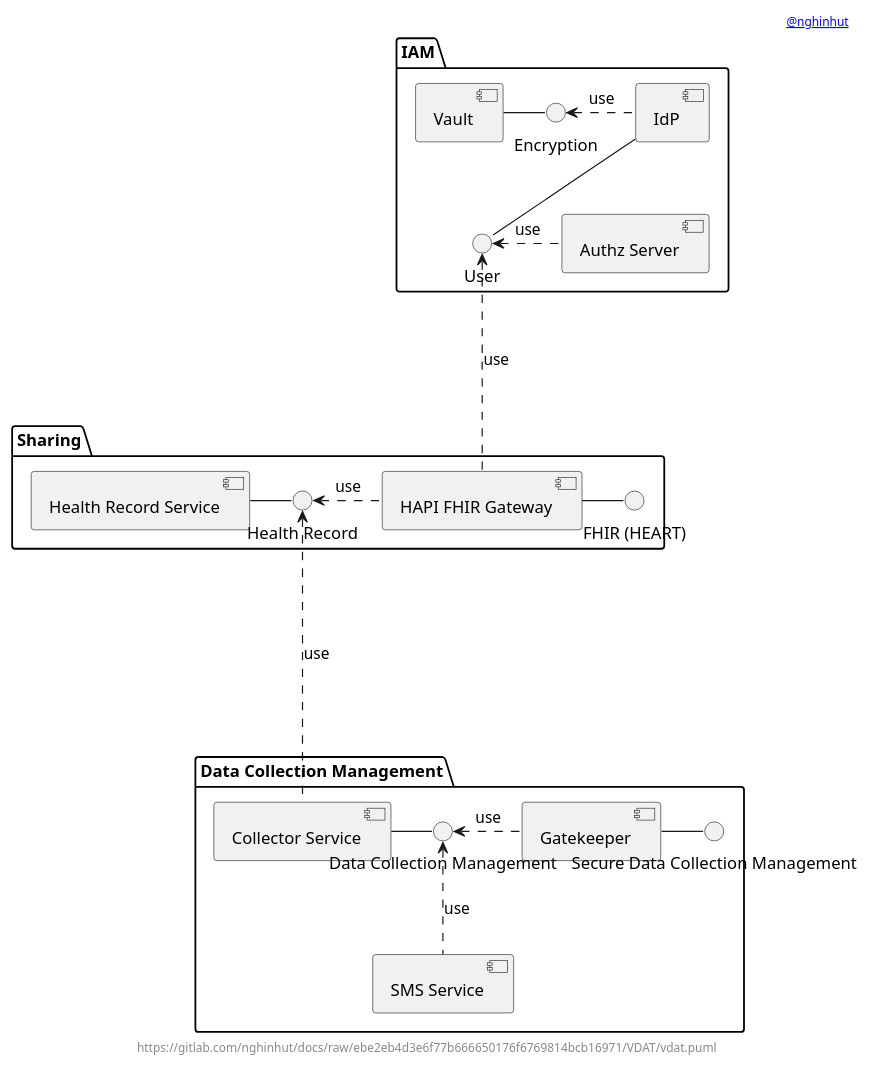
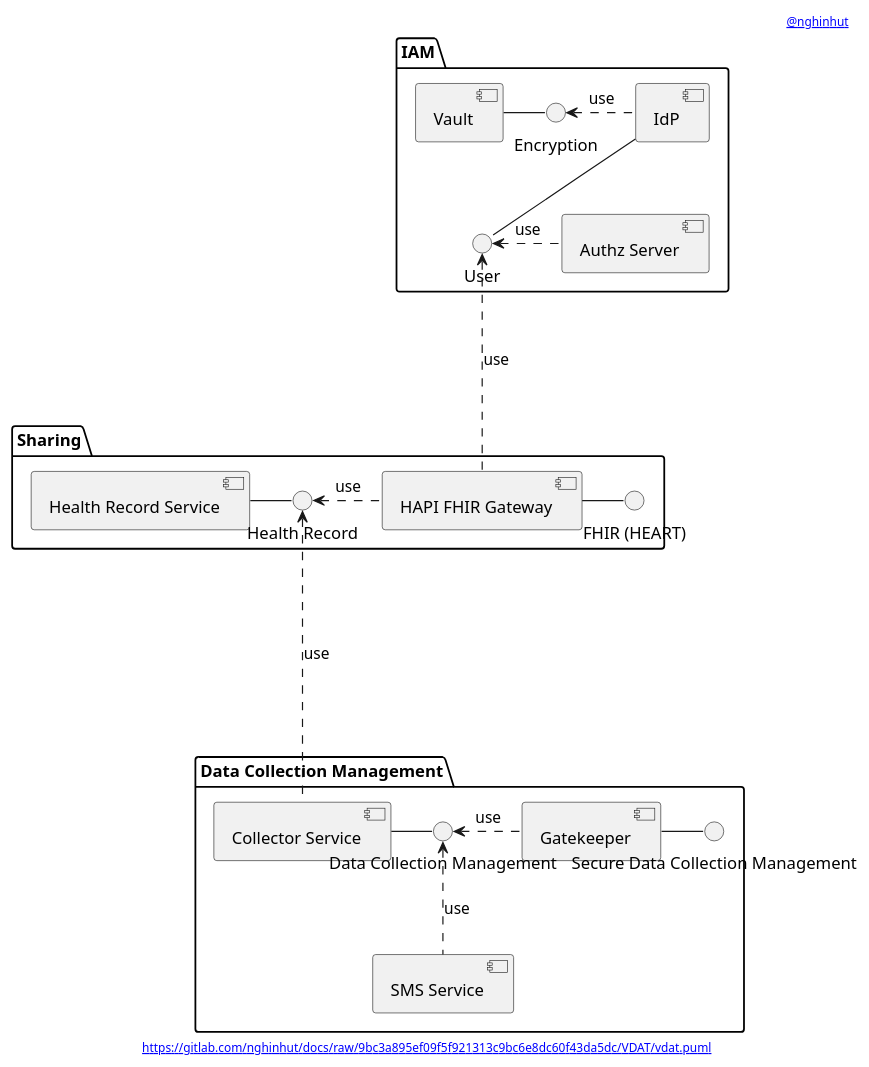
Before and after one commit to nghinhut/docs: the diagram in VDAT/vdat.component.puml, drawn with PlantUML. The commit also changed 18 other files, not shown here.

Commit message:
Update diagrams

```diff
--- a/VDAT/vdat.component.puml
+++ b/VDAT/vdat.component.puml
@@ -1,60 +1,60 @@
 @startuml
 '-----START auto generated metadata please keep comment here to allow auto update-----
 '-----DON'T EDIT THIS SECTION, INSTEAD RE-RUN prebuild.sh TO UPDATE-----
 header [[mailto:nghinhut@gmail.com @nghinhut]]
-footer https://gitlab.com/nghinhut/docs/raw/ebe2eb4d3e6f77b666650176f6769814bcb16971/VDAT/vdat.puml
+footer [[https://gitlab.com/nghinhut/docs/raw/9bc3a895ef09f5f921313c9bc6e8dc60f43da5dc/VDAT/vdat.puml]]
 '-----END auto generated metadata please keep comment here to allow auto update-----
 
 package "IAM" {
     component "Authz Server" as as
     component Vault as vault
     component IdP as idp
 
 '    interface "OAuth2 Authentication" as IOAuth2Authentication
 '    interface "UMA2 Authorization" as IUMA2Authorization
 '    as -- IOAuth2Authentication
 '    as -- IUMA2Authorization
     interface "Encryption" as IEncrypt
     interface "User" as IUser
 }
 
 package "Sharing" {
     component "Health Record Service" as record
     interface "Health Record" as IHealthRecord
     component "HAPI FHIR Gateway" as fhir
     interface "FHIR (HEART)" as IFHIR
 }
 
 package "Data Collection Management" {
     component "Collector Service" as collector
     component "SMS Service" as sms
     component "Gatekeeper" as collector_gatekeeper
     interface "Data Collection Management" as IDataCollectionManagement
     interface "Secure Data Collection Management" as ISecureDataCollectionManagement
 }
 
 
 
 
 
 
 vault - IEncrypt
 IEncrypt <. idp : use
 idp -- IUser
 IUser <. as : use
 IUser <... fhir : use
 
 
 record - IHealthRecord
 IHealthRecord <. fhir : use
 fhir - IFHIR
 IHealthRecord <.... collector : use
 
 
 collector - IDataCollectionManagement
 IDataCollectionManagement <. collector_gatekeeper : use
 collector_gatekeeper - ISecureDataCollectionManagement
 
 IDataCollectionManagement <.. sms : use
 
 @enduml
```
